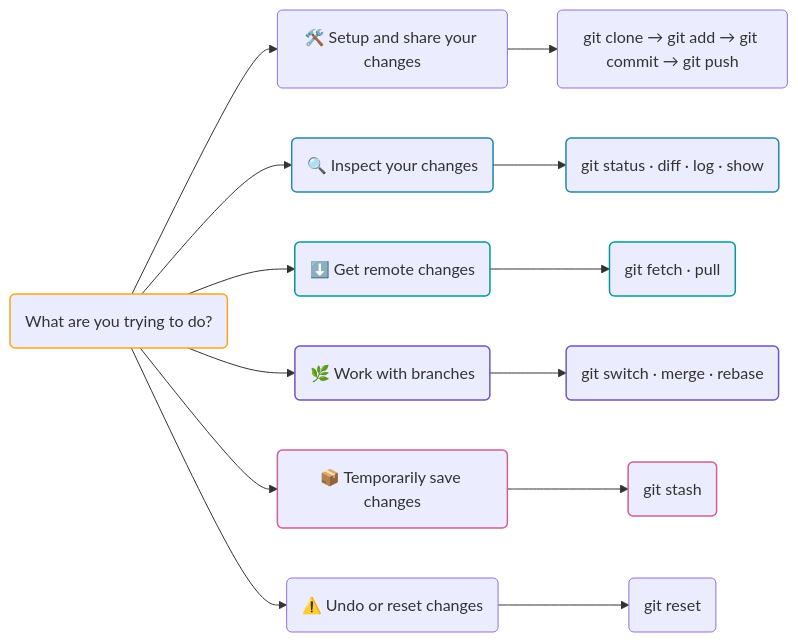
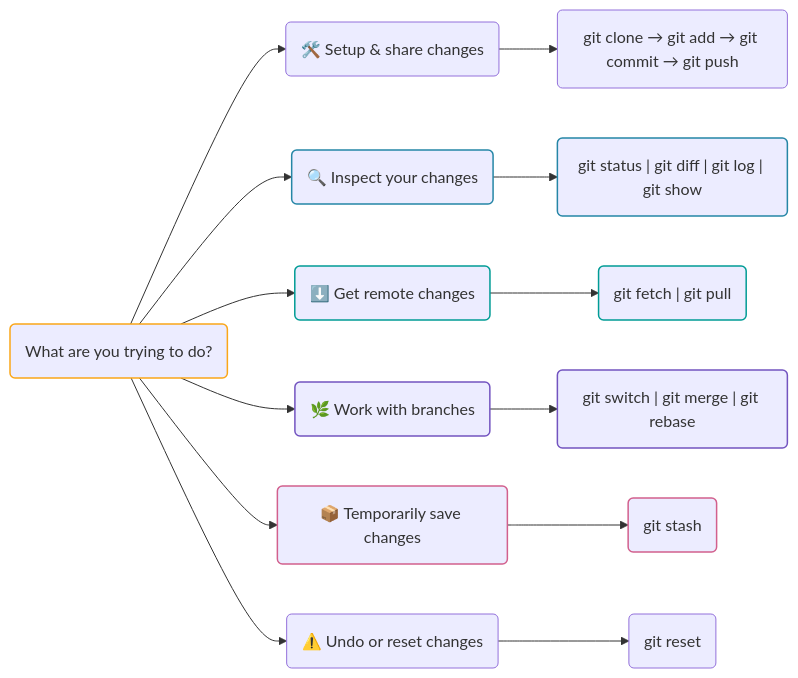
One commit to ACCESS-NRI/ACCESS-Hive-Docs changed the first of 4 diagrams in docs/getting_started/essential_git.md. Above: the diagram before and after it, drawn with Mermaid. The commit also changed other lines of this file, not shown here.

````diff
--- a/docs/getting_started/essential_git.md
+++ b/docs/getting_started/essential_git.md
@@ -24,30 +24,30 @@
 ```mermaid
 flowchart LR
     A("What are you trying to do?")
 
-    A --> B("🛠️ Setup and share your changes")
+    A --> B("🛠️ Setup & share changes")
     A --> C("🔍 Inspect your changes")
     A --> D("⬇️ Get remote changes")
     A --> E("🌿 Work with branches")
     A --> F("📦 Temporarily save changes")
     A --> G("⚠️ Undo or reset changes")
 
     B --> B1("git clone → git add → git commit → git push")
-    C --> C1("git status · diff · log · show")
-    D --> D1("git fetch · pull")
-    E --> E1("git switch · merge · rebase")
+    C --> C1("git status | git diff | git log | git show")
+    D --> D1("git fetch | git pull")
+    E --> E1("git switch | git merge | git rebase")
     F --> F1("git stash")
     G --> G1("git reset")
 
     classDef primary stroke:#FAA619,stroke-width:1.5px
     classDef inspect stroke:#2586A6,stroke-width:1.5px
     classDef update stroke:#009C95,stroke-width:1.5px
     classDef branch stroke:#7354C0,stroke-width:1.5px
     classDef stash stroke:#D2608D,stroke-width:1.5px
 
     class A primary
     class C,C1 inspect
     class D,D1 update
     class E,E1 branch
     class F,F1 stash
 ```
````
